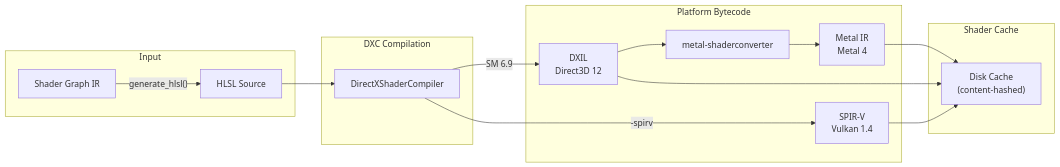
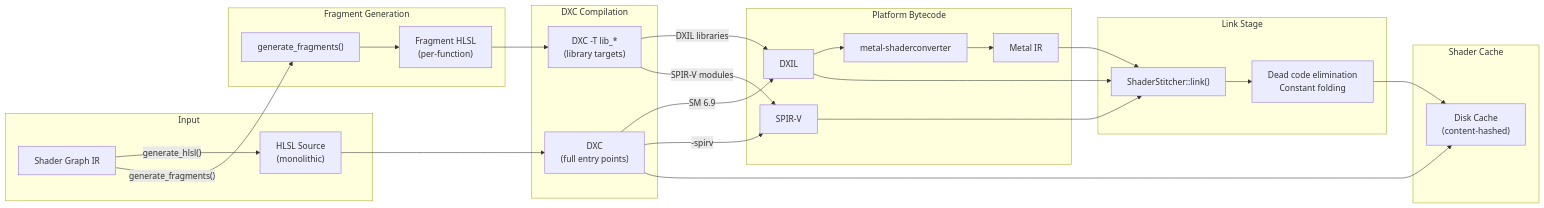
One commit to harmonius-dev/harmonius changed the third of 10 diagrams in docs/design/shader-pipeline.md. Above: the diagram before and after it, drawn with Mermaid. The commit also changed other lines of this file and 6 other files, not shown here.

First line of the commit message:
Expand GPU backend, render graph, and shader pipeline design docs

````diff
--- a/docs/design/shader-pipeline.md
+++ b/docs/design/shader-pipeline.md
@@ -204,31 +219,50 @@
 ```mermaid
 flowchart LR
     subgraph input["Input"]
-        HLSL["HLSL Source"]
+        HLSL["HLSL Source<br/>(monolithic)"]
         SG_IR["Shader Graph IR"]
     end
 
-    subgraph dxc_stage["DXC Compilation"]
-        DXC["DirectXShaderCompiler"]
+    subgraph fragment_gen["Fragment Generation"]
+        GenFrag["generate_fragments()"]
+        FragHLSL["Fragment HLSL<br/>(per-function)"]
     end
 
-    subgraph outputs["Platform Bytecode"]
-        DXIL["DXIL<br/>Direct3D 12"]
-        SPIRV["SPIR-V<br/>Vulkan 1.4"]
+    subgraph dxc_stage["DXC Compilation"]
+        DXC_Mono["DXC<br/>(full entry points)"]
+        DXC_Lib["DXC -T lib_*<br/>(library targets)"]
+    end
+
+    subgraph bytecode["Platform Bytecode"]
+        DXIL["DXIL"]
+        SPIRV["SPIR-V"]
         MSC["metal-shaderconverter"]
-        MetalIR["Metal IR<br/>Metal 4"]
+        MetalIR["Metal IR"]
+    end
+
+    subgraph link_stage["Link Stage"]
+        Stitch["ShaderStitcher::link()"]
+        LTO["Dead code elimination<br/>Constant folding"]
     end
 
     subgraph cache["Shader Cache"]
         DiskCache["Disk Cache<br/>(content-hashed)"]
     end
 
     SG_IR -->|"generate_hlsl()"| HLSL
-    HLSL --> DXC
-    DXC -->|"SM 6.9"| DXIL
-    DXC -->|"-spirv"| SPIRV
+    SG_IR -->|"generate_fragments()"| GenFrag
+    GenFrag --> FragHLSL
+    HLSL --> DXC_Mono
+    FragHLSL --> DXC_Lib
+    DXC_Mono -->|"SM 6.9"| DXIL
+    DXC_Mono -->|"-spirv"| SPIRV
+    DXC_Lib -->|"DXIL libraries"| DXIL
+    DXC_Lib -->|"SPIR-V modules"| SPIRV
     DXIL --> MSC --> MetalIR
-    DXIL --> DiskCache
-    SPIRV --> DiskCache
-    MetalIR --> DiskCache
+    DXIL --> Stitch
+    SPIRV --> Stitch
+    MetalIR --> Stitch
+    Stitch --> LTO
+    LTO --> DiskCache
+    DXC_Mono --> DiskCache
 ```
````
